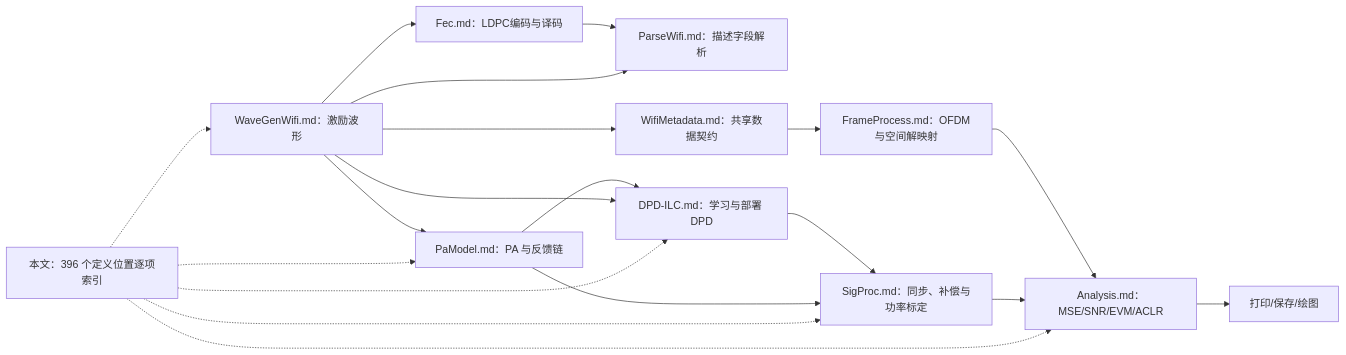
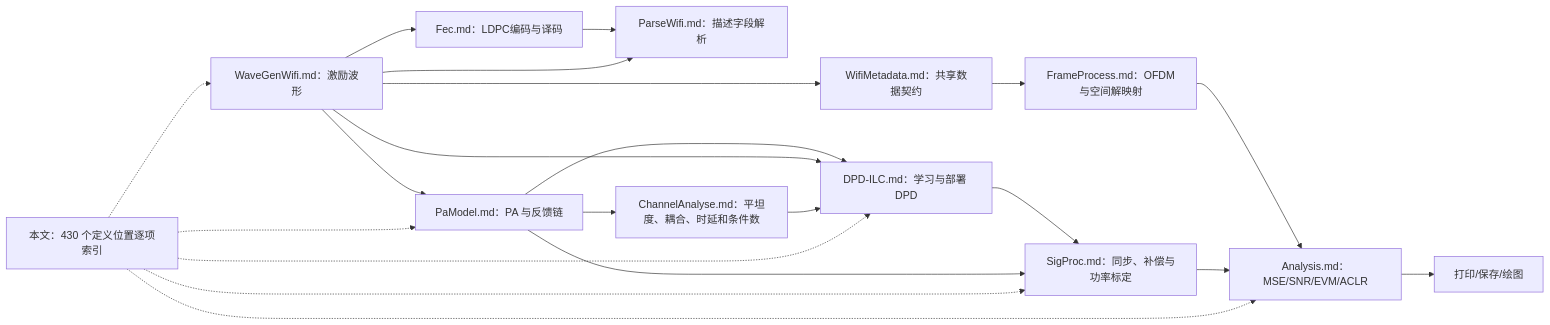
Before and after one commit to niyilu45/DPD_ILC: the diagram in doc/FunctionPrinciples.md, drawn with Mermaid. The commit also changed other lines of this file and 18 other files, not shown here.

````diff
--- a/doc/FunctionPrinciples.md
+++ b/doc/FunctionPrinciples.md
@@ -20,21 +20,23 @@
 ```mermaid
 flowchart LR
     wave["WaveGenWifi.md：激励波形"] --> pa["PaModel.md：PA 与反馈链"]
     wave --> fec["Fec.md：LDPC编码与译码"]
     fec --> parser["ParseWifi.md：描述字段解析"]
     wave --> parser
     pa --> ilc["DPD-ILC.md：学习与部署 DPD"]
     wave --> ilc
     ilc --> sync["SigProc.md：同步、补偿与功率标定"]
     wave --> metadata["WifiMetadata.md：共享数据契约"]
     metadata --> frame["FrameProcess.md：OFDM与空间解映射"]
     frame --> analysis
     pa --> sync
+    pa --> channelMeasure["ChannelAnalyse.md：平坦度、耦合、时延和条件数"]
+    channelMeasure --> ilc
     sync --> analysis["Analysis.md：MSE/SNR/EVM/ACLR"]
     analysis --> report["打印/保存/绘图"]
-    audit["本文：396 个定义位置逐项索引"] -.-> wave
+    audit["本文：430 个定义位置逐项索引"] -.-> wave
     audit -.-> pa
     audit -.-> ilc
     audit -.-> sync
     audit -.-> analysis
 ```
````
